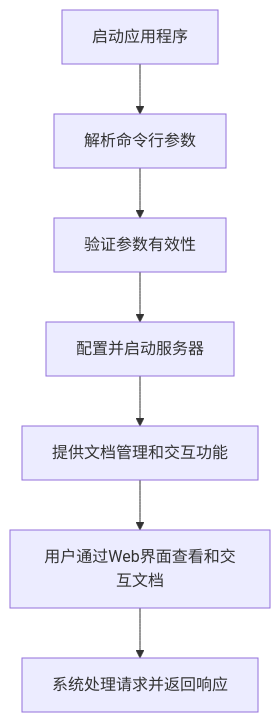
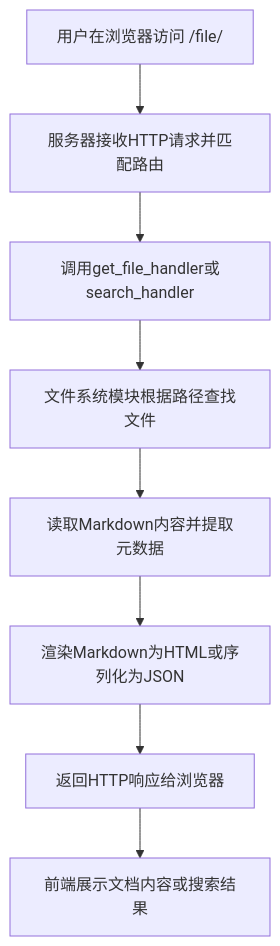
One commit to sopaco/litho-book changed the third of 5 diagrams in litho.docs/3、工作流程.md. Above: the diagram before and after it, drawn with Mermaid. The commit also changed other lines of this file and 16 other files, not shown here.

````diff
--- a/litho.docs/3、工作流程.md
+++ b/litho.docs/3、工作流程.md
@@ -9,9 +81,10 @@
 ```mermaid
 graph TD
-    A[启动应用程序] --> B[解析命令行参数]
-    B --> C[验证参数有效性]
-    C --> D[配置并启动服务器]
-    D --> E[提供文档管理和交互功能]
-    E --> F[用户通过Web界面查看和交互文档]
-    F --> G[系统处理请求并返回响应]
+    A[用户在浏览器访问 /file/<path> 或 /search?q=... ] --> B[服务器接收HTTP请求并匹配路由]
+    B --> C[调用get_file_handler或search_handler]
+    C --> D[文件系统模块根据路径查找文件]
+    D --> E[读取Markdown内容并提取元数据]
+    E --> F[渲染Markdown为HTML或序列化为JSON]
+    F --> G[返回HTTP响应给浏览器]
+    G --> H[前端展示文档内容或搜索结果]
 ```
````
